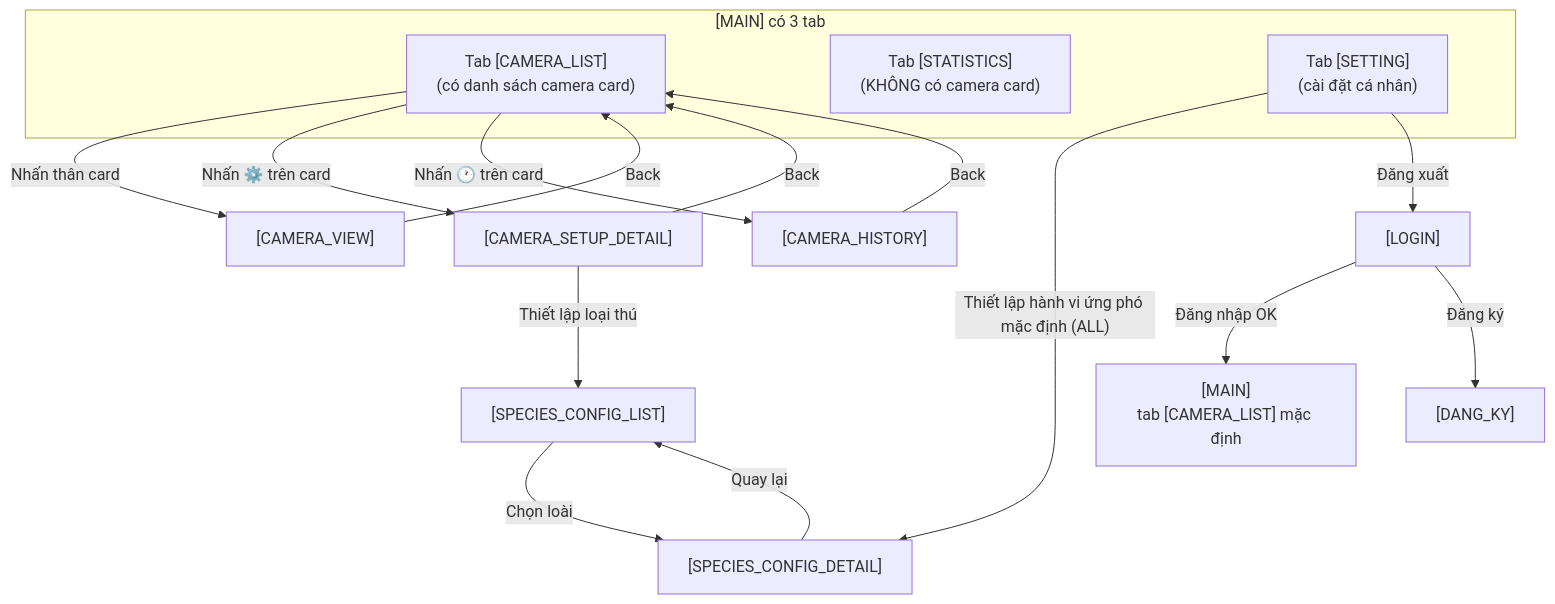
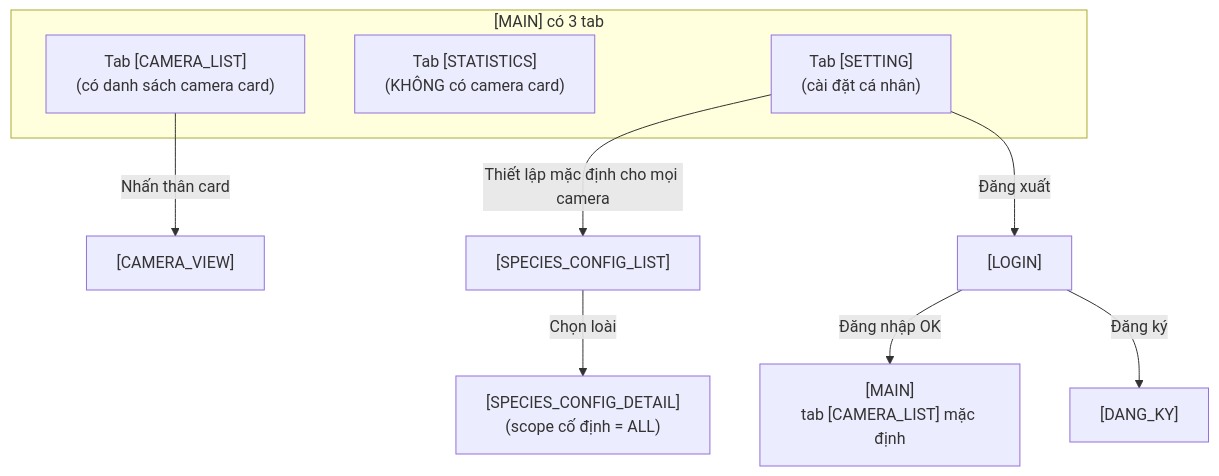
The diagram in outputs/dac-ta-man-hinh-android-app.md (trungnguyenthien/Wildlife-Warning-and-Deterrence-System), drawn with Mermaid before and after one commit. The commit also changed other lines of this file, not shown here.

Commit message:
docs: update Android app documentation to reflect changes in tab structure and functionality

````diff
--- a/outputs/dac-ta-man-hinh-android-app.md
+++ b/outputs/dac-ta-man-hinh-android-app.md
@@ -354,29 +310,24 @@
 ```mermaid
 flowchart TD
     Login["[LOGIN]"] -->|"Đăng nhập OK"| Main["[MAIN]<br/>tab [CAMERA_LIST] mặc định"]
     Login -->|"Đăng ký"| Reg["[DANG_KY]"]
 
     %% Trong [MAIN] chỉ tab [CAMERA_LIST] mới có danh sách camera
     subgraph MainTabs["[MAIN] có 3 tab"]
         TabCL["Tab [CAMERA_LIST]<br/>(có danh sách camera card)"]
         TabS["Tab [STATISTICS]<br/>(KHÔNG có camera card)"]
         TabSet["Tab [SETTING]<br/>(cài đặt cá nhân)"]
     end
 
-    %% Mỗi card có 3 điều khiển (thân card, ⚙️, 🕐) — nhảy thẳng vào màn tương ứng
+    %% Nhấn thân card → mở CAMERA_VIEW (gộp ảnh + đổi tên + log)
     TabCL -->|"Nhấn thân card"| CamView["[CAMERA_VIEW]"]
-    TabCL -->|"Nhấn ⚙️ trên card"| SetupDetail["[CAMERA_SETUP_DETAIL]"]
-    TabCL -->|"Nhấn 🕐 trên card"| CamHistory["[CAMERA_HISTORY]"]
 
-    %% Back navigation
-    CamView -->|"Back"| TabCL
-    CamHistory -->|"Back"| TabCL
-    SetupDetail -->|"Back"| TabCL
-    SetupDetail -->|"Thiết lập loại thú"| SpList["[SPECIES_CONFIG_LIST]"]
-    SpList -->|"Chọn loài"| SpDetail["[SPECIES_CONFIG_DETAIL]"]
-    SpDetail -->|"Quay lại"| SpList
+    %% Cấu hình ứng phó === đi từ tab SETTING (đã bỏ mọi đường khác)
+    SpList["[SPECIES_CONFIG_LIST]"]
+    SpDetail["[SPECIES_CONFIG_DETAIL]<br/>(scope cố định = ALL)"]
+    TabSet -->|"Thiết lập mặc định cho mọi camera"| SpList
+    SpList -->|"Chọn loài"| SpDetail
 
-    %% Tab SETTING: đăng xuất trực tiếp; cấu hình ứng phó mặc định → SPECIES_CONFIG_DETAIL (scope "ALL")
-    TabSet -->|"Thiết lập hành vi ứng phó mặc định (ALL)"| SpDetail
+    %% Đăng xuất thẳng về LOGIN
     TabSet -->|"Đăng xuất"| Login
 ```
````
